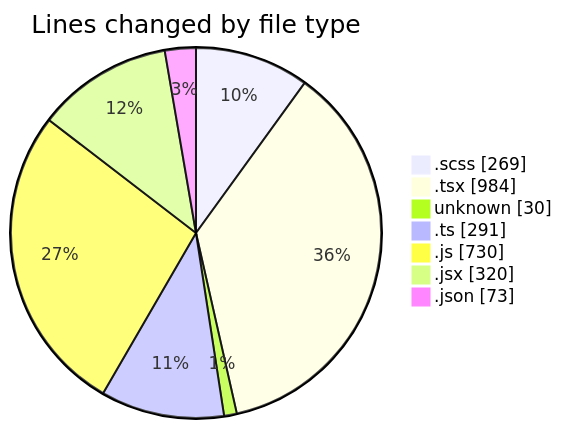
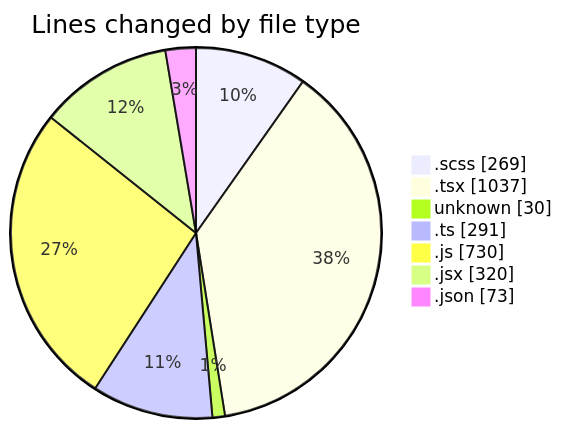
Before and after one commit to momahboobian/code-tracking: the first of 2 diagrams in 2025-03-05/cda/README.md, drawn with Mermaid. The commit also changed other lines of this file and 1 other file, not shown here.

````diff
--- a/2025-03-05/cda/README.md
+++ b/2025-03-05/cda/README.md
@@ -43,11 +44,11 @@
 ```mermaid
 pie showData
 title Lines changed by file type
 ".scss" : 269
-".tsx" : 984
+".tsx" : 1037
 "unknown" : 30
 ".ts" : 291
 ".js" : 730
 ".jsx" : 320
 ".json" : 73
 ```
````
